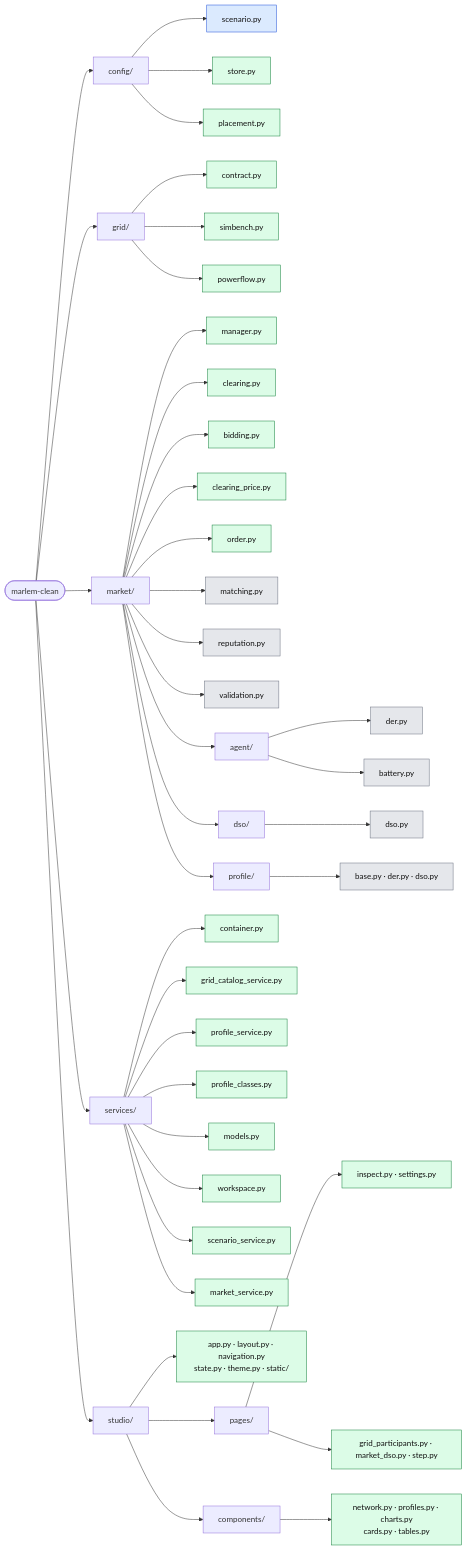
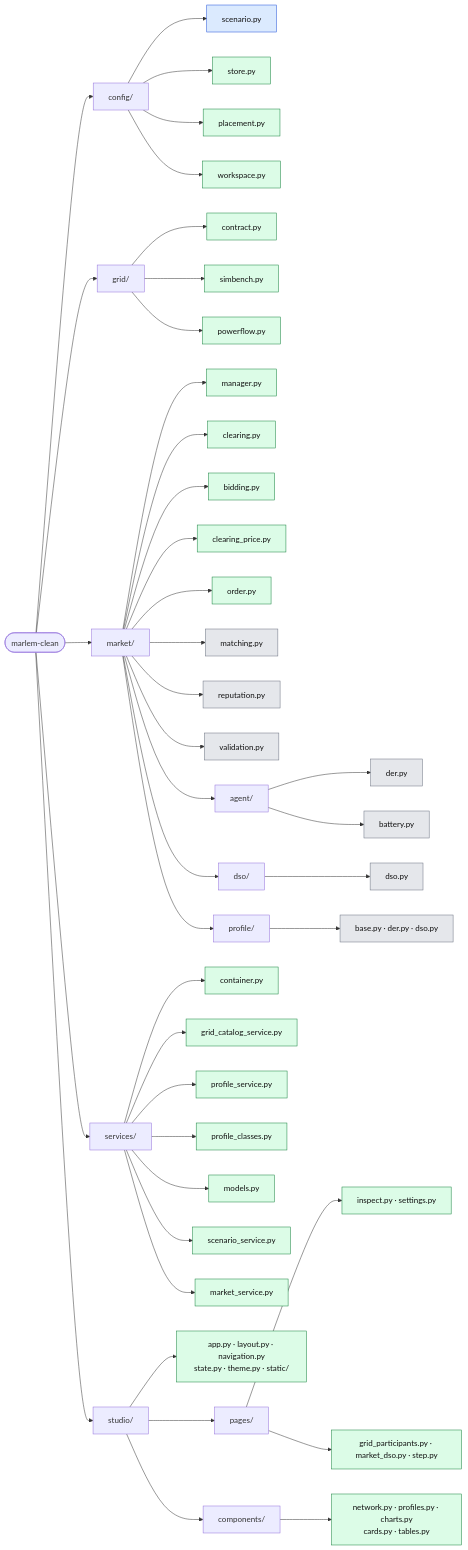
One commit to KevinRapo/P2P-thesis changed the diagram in docs/structure.md. Above: the diagram before and after it, drawn with Mermaid. The commit also changed other lines of this file and 4 other files, not shown here.

Commit message:
Move workspace.py from services/ to config/

````diff
--- a/docs/structure.md
+++ b/docs/structure.md
@@ -12,54 +12,54 @@
 ```mermaid
 flowchart LR
   root(["marlem-clean"])
 
   root --> config["config/"]
   config --> c1["scenario.py"]:::data
   config --> c2["store.py"]:::done
   config --> c3["placement.py"]:::done
+  config --> c4["workspace.py"]:::done
 
   root --> grid["grid/"]
   grid --> g1["contract.py"]:::done
   grid --> g2["simbench.py"]:::done
   grid --> g3["powerflow.py"]:::done
 
   root --> market["market/"]
   market --> m1["manager.py"]:::done
   market --> m7["clearing.py"]:::done
   market --> m8["bidding.py"]:::done
   market --> m4["clearing_price.py"]:::done
   market --> m2["order.py"]:::done
   market --> m3["matching.py"]:::orig
   market --> m5["reputation.py"]:::orig
   market --> m6["validation.py"]:::orig
   market --> agent["agent/"]
   agent --> a1["der.py"]:::orig
   agent --> a2["battery.py"]:::orig
   market --> dso["dso/"]
   dso --> d1["dso.py"]:::orig
   market --> profile["profile/"]
   profile --> p1["base.py · der.py · dso.py"]:::orig
 
   root --> services["services/"]
   services --> v1["container.py"]:::done
   services --> v2["grid_catalog_service.py"]:::done
   services --> v3["profile_service.py"]:::done
   services --> v4["profile_classes.py"]:::done
   services --> v5["models.py"]:::done
-  services --> v6["workspace.py"]:::done
   services --> v7["scenario_service.py"]:::done
   services --> v8["market_service.py"]:::done
 
   root --> studio["studio/"]
   studio --> t1["app.py · layout.py · navigation.py<br/>state.py · theme.py · static/"]:::done
   studio --> pages["pages/"]
   pages --> pg1["inspect.py · settings.py"]:::done
   pages --> pg2["grid_participants.py · market_dso.py · step.py"]:::done
   studio --> comps["components/"]
   comps --> k1["network.py · profiles.py · charts.py<br/>cards.py · tables.py"]:::done
 
   classDef done fill:#dcfce7,stroke:#15803d,color:#111
   classDef data fill:#dbeafe,stroke:#1d4ed8,color:#111
   classDef stub fill:#fef3c7,stroke:#b45309,color:#111
   classDef orig fill:#e5e7eb,stroke:#6b7280,color:#111
 ```
````
